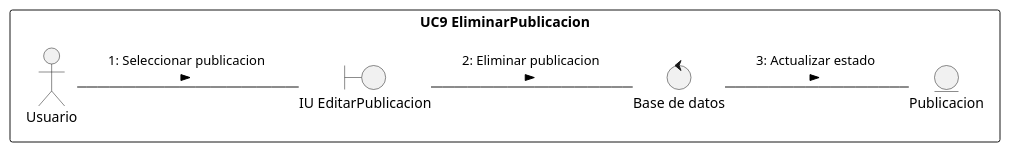
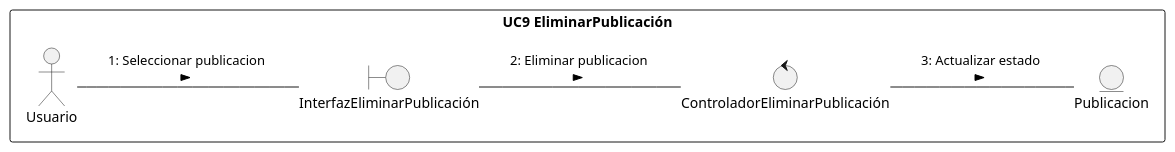
One commit to RolandoU548/Plataforma-Digital-IS changed the diagram in docs/scenariosView/diagramas-de-colaboracion/DC9.plantuml. Above: the diagram before and after it, drawn with PlantUML. The commit also changed 15 other files, not shown here.

Commit message:
diagrama colaboracion

```diff
--- a/docs/scenariosView/diagramas-de-colaboracion/DC9.plantuml
+++ b/docs/scenariosView/diagramas-de-colaboracion/DC9.plantuml
@@ -1,28 +1,28 @@
-@startuml r11
+@startuml DC9
 /'
     Crear el diagrama de clases de análisis y de colaboración de los casos de uso prioritarios del proyecto.
 
     Para conseguir el diagrama de clases seguir los siguientes pasos:
 
     1. Identificar las clases Entidad (Modelo)
     2. Identificar las clases Interfaz (Vista)
     3. Identificar las clases Control (Controlador)
     4. Identificar las relaciones entre estas clases
     
     Este diagrama debe ser específico de un caso de uso y las clases deben ser representadas con sus estereotipos.
     
     Para conseguir el diagrama de colaboración, identifique las relaciones (enlaces) entre los objetos y los requerimientos (mensajes) sobre cada objeto involucrado en la descripción del caso de uso.
 '/
 left to right direction
 
-rectangle "UC9 EliminarPublicacion"{
+rectangle "UC9 EliminarPublicación"{
     actor Usuario 
     entity Publicacion as e1
-    boundary "IU EditarPublicacion" as i1
-    control "Base de datos" as c1
+    boundary "InterfazEliminarPublicación" as i1
+    control "ControladorEliminarPublicación" as c1
 }
 Usuario -- i1 : "1: Seleccionar publicacion \n >"
 i1 -- c1 : "2: Eliminar publicacion \n >"
 c1 -- e1 : "3: Actualizar estado \n >"
 
 @enduml
```
